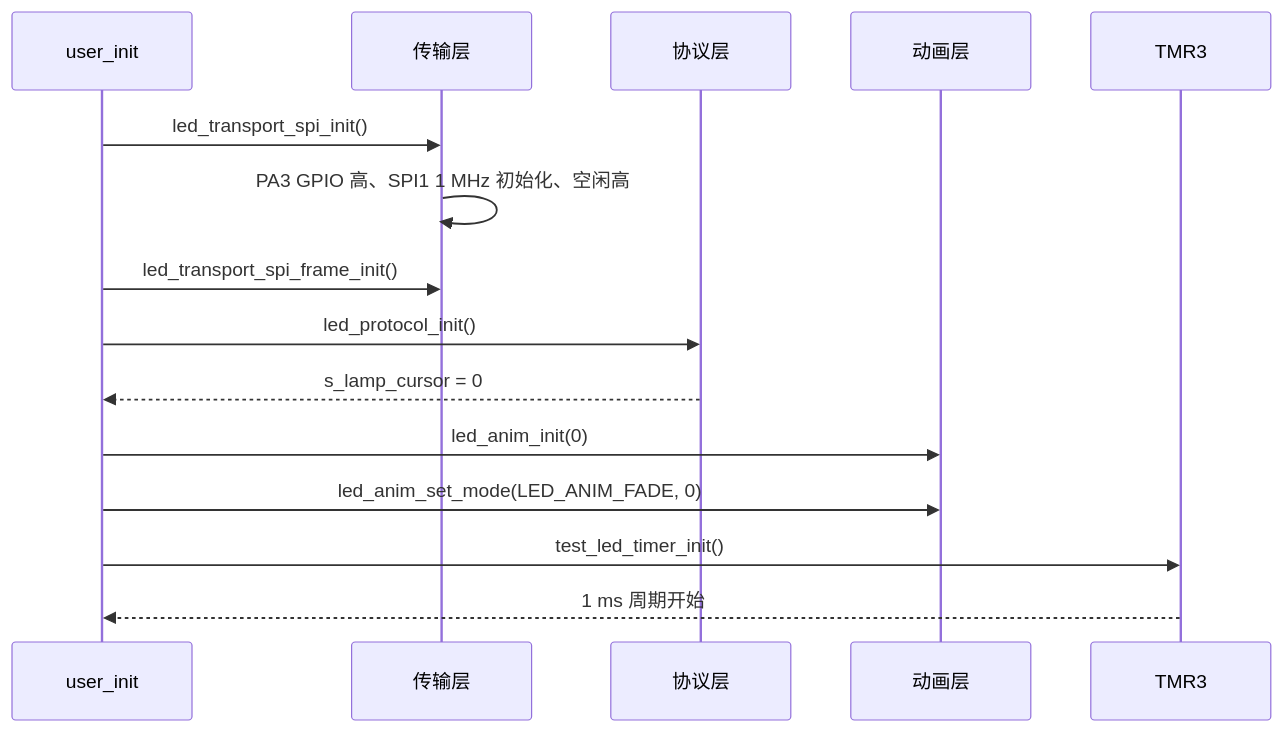
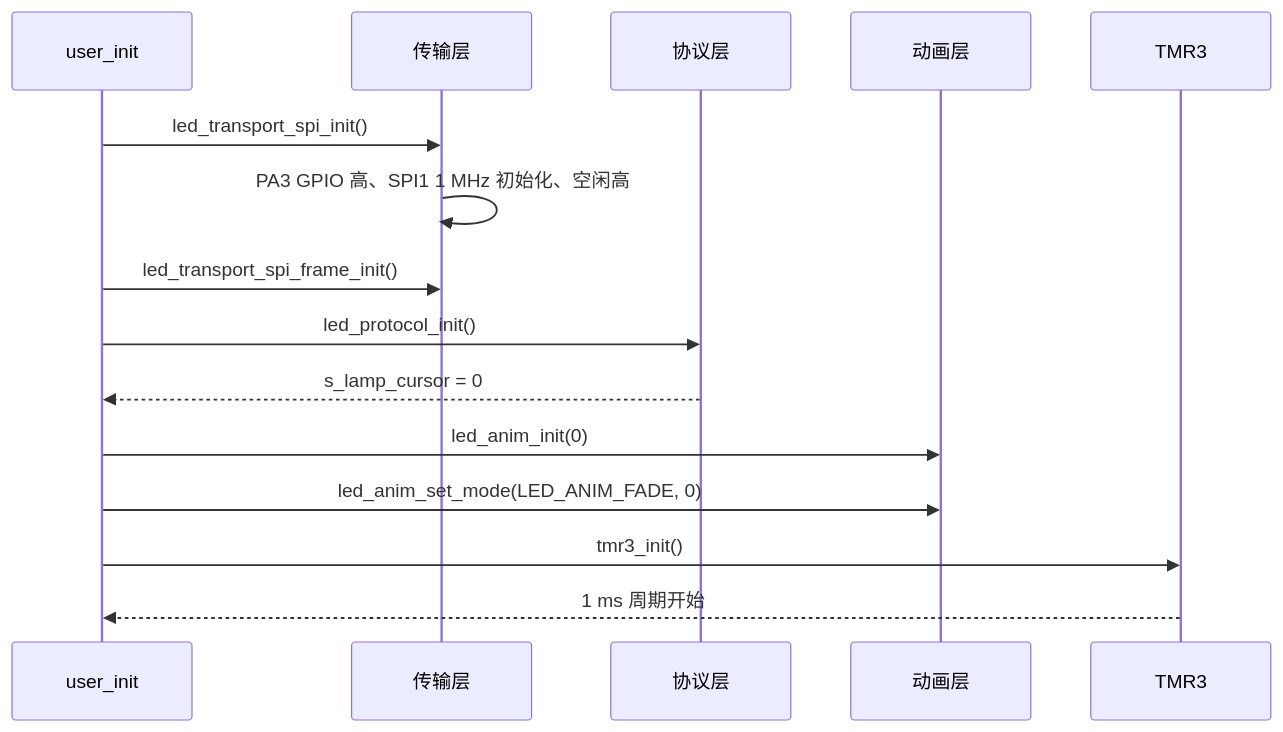
The fifth of 6 diagrams in docs/LED三层架构与调用逻辑.md (voidobserve/project-2026-10-22-AB2027A3-SOP16), drawn with Mermaid before and after one commit. The commit also changed other lines of this file and 1 other file, not shown here.

First line of the commit message:
feat(led): SPI 帧发送完成改为中断驱动，保留轮询与超时兜底

````diff
--- a/docs/LED三层架构与调用逻辑.md
+++ b/docs/LED三层架构与调用逻辑.md
@@ -213,18 +218,18 @@
 ```mermaid
 sequenceDiagram
     participant INIT as user_init
     participant TR as 传输层
     participant PR as 协议层
     participant AN as 动画层
     participant TM as TMR3
 
     INIT->>TR: led_transport_spi_init()
     TR->>TR: PA3 GPIO 高、SPI1 1 MHz 初始化、空闲高
     INIT->>TR: led_transport_spi_frame_init()
     INIT->>PR: led_protocol_init()
     PR-->>INIT: s_lamp_cursor = 0
     INIT->>AN: led_anim_init(0)
     INIT->>AN: led_anim_set_mode(LED_ANIM_FADE, 0)
-    INIT->>TM: test_led_timer_init()
+    INIT->>TM: tmr3_init()
     TM-->>INIT: 1 ms 周期开始
 ```
````
